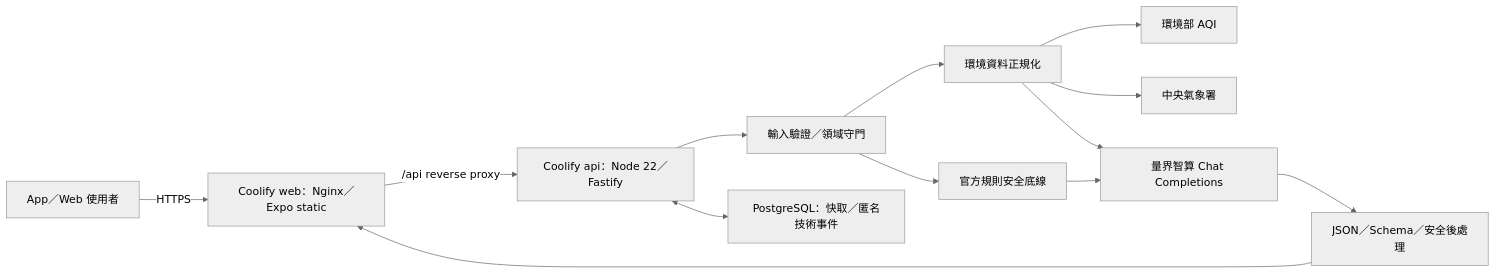
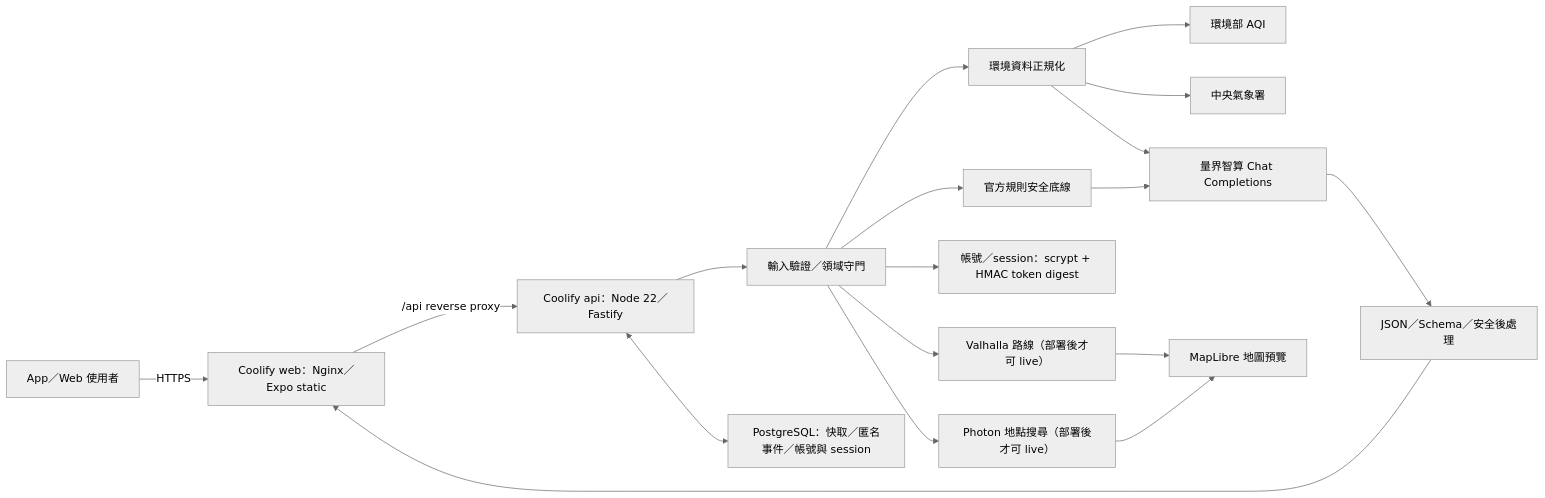
One commit to Sutdents-Project-Hub/AirMe changed the diagram in docs/architecture.md. Above: the diagram before and after it, drawn with Mermaid (neutral theme). The commit also changed other lines of this file and 72 other files, not shown here.

````diff
--- a/docs/architecture.md
+++ b/docs/architecture.md
@@ -39,15 +39,20 @@
 ```mermaid
 flowchart LR
   User["App／Web 使用者"] -->|HTTPS| Web["Coolify web：Nginx／Expo static"]
   Web -->|"/api reverse proxy"| Api["Coolify api：Node 22／Fastify"]
   Api --> Guard["輸入驗證／領域守門"]
   Guard --> Env["環境資料正規化"]
   Env --> Moenv["環境部 AQI"]
   Env --> Cwa["中央氣象署"]
   Guard --> Rules["官方規則安全底線"]
   Env --> Ai["量界智算 Chat Completions"]
   Rules --> Ai
+  Guard --> Auth["帳號／session：scrypt + HMAC token digest"]
+  Guard --> Route["Valhalla 路線（部署後才可 live）"]
+  Guard --> Geocode["Photon 地點搜尋（部署後才可 live）"]
+  Route --> Map["MapLibre 地圖預覽"]
+  Geocode --> Map
   Ai --> Validate["JSON／Schema／安全後處理"]
-  Api <--> Pg["PostgreSQL：快取／匿名技術事件"]
+  Api <--> Pg["PostgreSQL：快取／匿名事件／帳號與 session"]
   Validate --> Web
 ```
````
